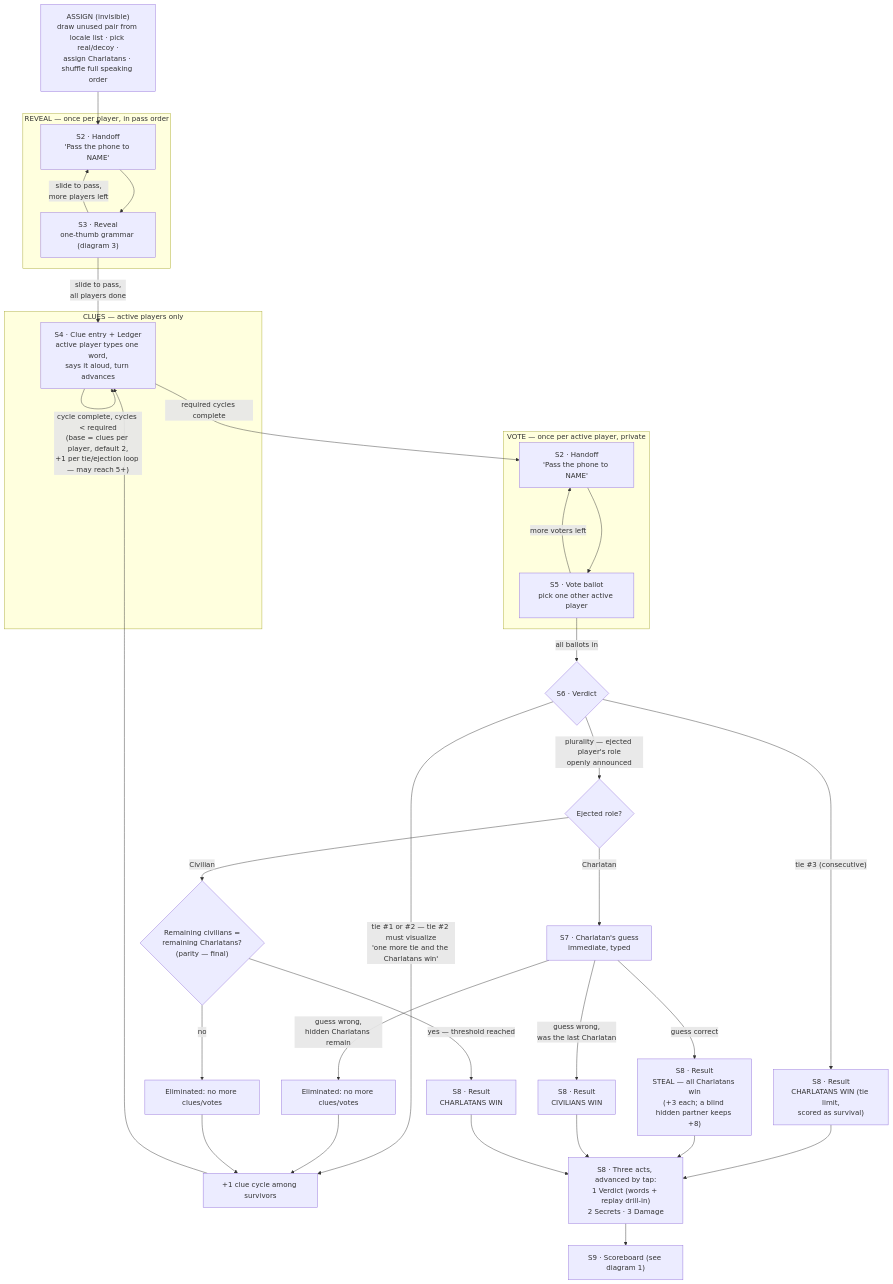
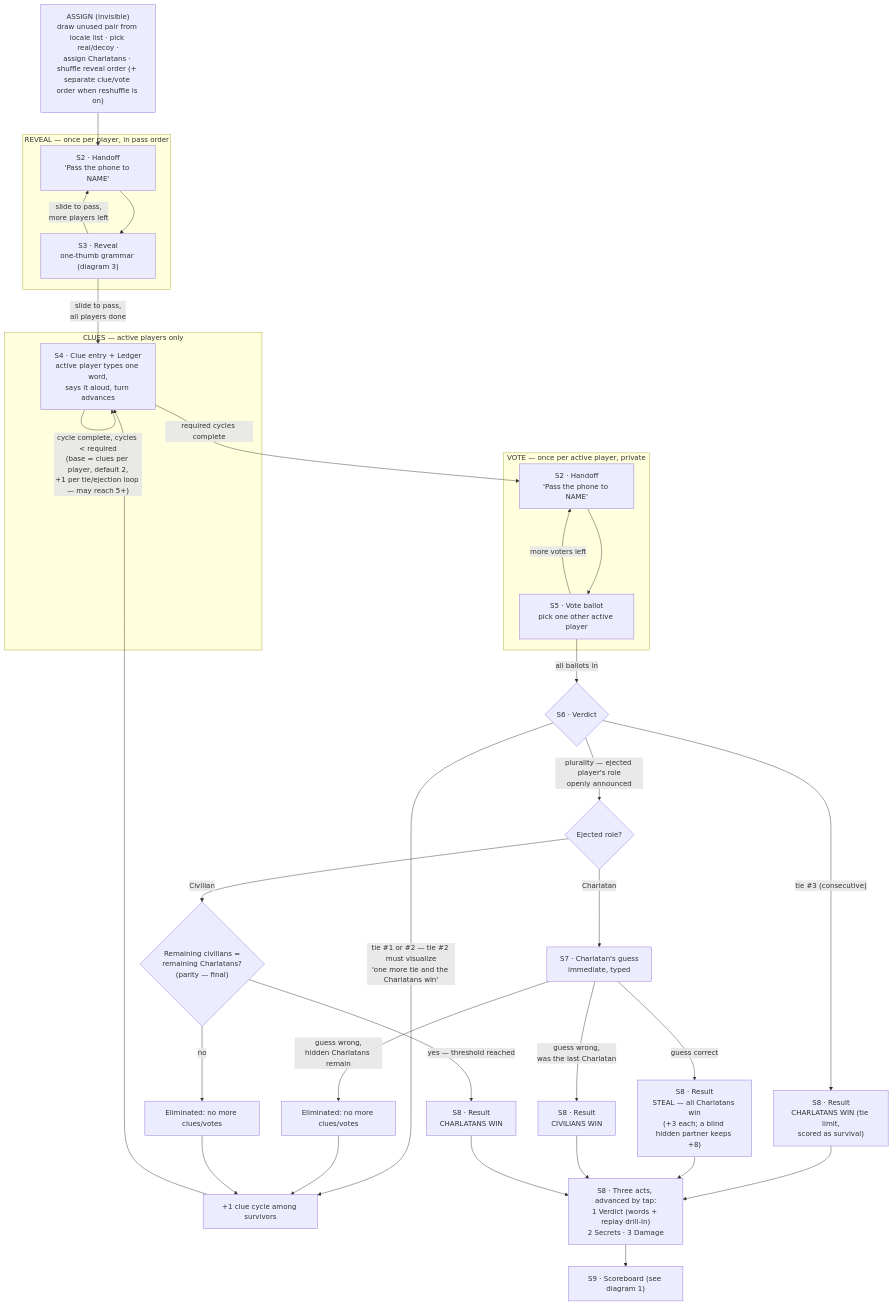
One commit to jalieven/charlatan changed the second of 4 diagrams in docs/02-flows.md. Above: the diagram before and after it, drawn with Mermaid. The commit also changed other lines of this file and 11 other files, not shown here.

````diff
--- a/docs/02-flows.md
+++ b/docs/02-flows.md
@@ -31,42 +31,42 @@
 ```mermaid
 flowchart TD
-    Assign["ASSIGN (invisible)<br/>draw unused pair from locale list · pick real/decoy ·<br/>assign Charlatans · shuffle full speaking order"]
+    Assign["ASSIGN (invisible)<br/>draw unused pair from locale list · pick real/decoy ·<br/>assign Charlatans · shuffle reveal order (+ separate clue/vote order when reshuffle is on)"]
     Assign --> H1["S2 · Handoff<br/>'Pass the phone to NAME'"]
 
     subgraph RevealLoop["REVEAL — once per player, in pass order"]
         H1 --> S3["S3 · Reveal<br/>one-thumb grammar (diagram 3)"]
         S3 -->|slide to pass,<br/>more players left| H1
     end
     S3 -->|slide to pass,<br/>all players done| Clues
 
     subgraph ClueLoop["CLUES — active players only"]
         Clues["S4 · Clue entry + Ledger<br/>active player types one word,<br/>says it aloud, turn advances"]
         Clues -->|"cycle complete, cycles < required<br/>(base = clues per player, default 2,<br/>+1 per tie/ejection loop — may reach 5+)"| Clues
     end
     Clues -->|required cycles complete| H2["S2 · Handoff<br/>'Pass the phone to NAME'"]
 
     subgraph VoteLoop["VOTE — once per active player, private"]
         H2 --> S5["S5 · Vote ballot<br/>pick one other active player"]
         S5 -->|more voters left| H2
     end
     S5 -->|all ballots in| S6{"S6 · Verdict"}
 
     S6 -->|"tie #1 or #2 — tie #2 must visualize<br/>'one more tie and the Charlatans win'"| ExtraClue["+1 clue cycle among survivors"] --> Clues
     S6 -->|"tie #3 (consecutive)"| ResultTies["S8 · Result<br/>CHARLATANS WIN (tie limit,<br/>scored as survival)"]
     S6 -->|"plurality — ejected player's role<br/>openly announced"| Role{"Ejected role?"}
 
     Role -->|Charlatan| Guess["S7 · Charlatan's guess<br/>immediate, typed"]
     Guess -->|guess correct| ResultSteal["S8 · Result<br/>STEAL — all Charlatans win<br/>(+3 each; a blind hidden partner keeps +8)"]
     Guess -->|"guess wrong,<br/>hidden Charlatans remain"| Eliminate1["Eliminated: no more clues/votes"] --> ExtraClue
     Guess -->|"guess wrong,<br/>was the last Charlatan"| ResultCiv["S8 · Result<br/>CIVILIANS WIN"]
 
     Role -->|Civilian| Threshold{"Remaining civilians =<br/>remaining Charlatans?<br/>(parity — final)"}
     Threshold -->|"yes — threshold reached"| ResultChar["S8 · Result<br/>CHARLATANS WIN"]
     Threshold -->|no| Eliminate2["Eliminated: no more clues/votes"] --> ExtraClue
 
     ResultTies --> Acts["S8 · Three acts, advanced by tap:<br/>1 Verdict (words + replay drill-in)<br/>2 Secrets · 3 Damage"]
     ResultSteal --> Acts
     ResultCiv --> Acts
     ResultChar --> Acts
     Acts --> Score["S9 · Scoreboard (see diagram 1)"]
 ```
````
